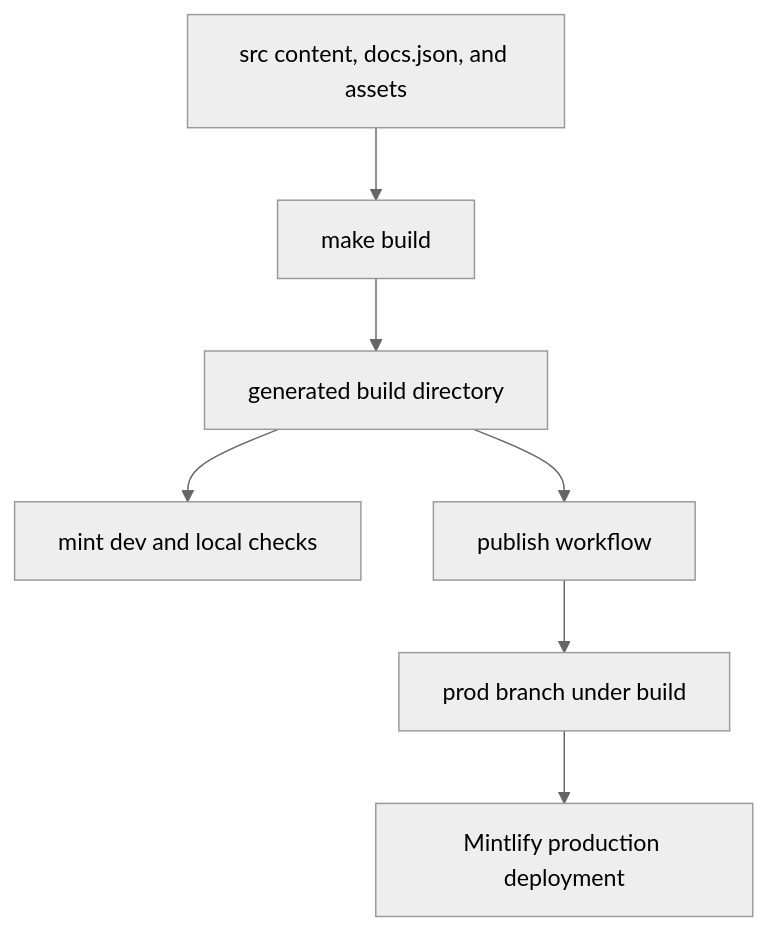
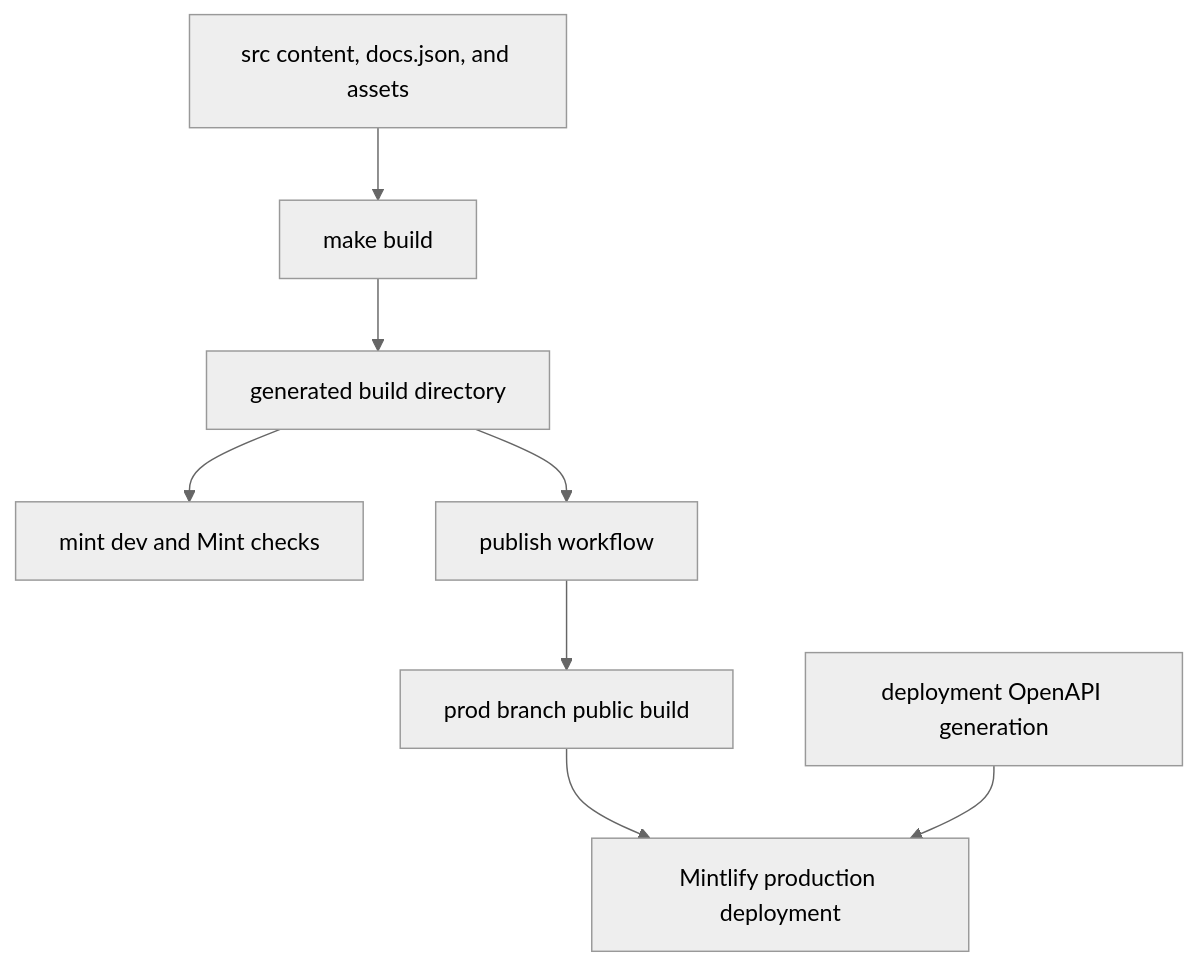
One commit to langchain-ai/docs changed the diagram in openwiki/integrations/mintlify.md. Above: the diagram before and after it, drawn with Mermaid (neutral theme). The commit also changed other lines of this file and 26 other files, not shown here.

````diff
--- a/openwiki/integrations/mintlify.md
+++ b/openwiki/integrations/mintlify.md
@@ -41,9 +41,10 @@
 ```mermaid
 flowchart TD
-    Source["src content, docs.json, and assets"] --> Build["make build"]
-    Build --> Tree["generated build directory"]
-    Tree --> Local["mint dev and local checks"]
+    Source["src content, docs.json, and assets"] --> Builder["make build"]
+    Builder --> Tree["generated build directory"]
+    Tree --> Local["mint dev and Mint checks"]
     Tree --> Publish["publish workflow"]
-    Publish --> Prod["prod branch under build"]
+    Publish --> Prod["prod branch public build"]
     Prod --> Hosted["Mintlify production deployment"]
+    Spec["deployment OpenAPI generation"] --> Hosted
 ```
````
